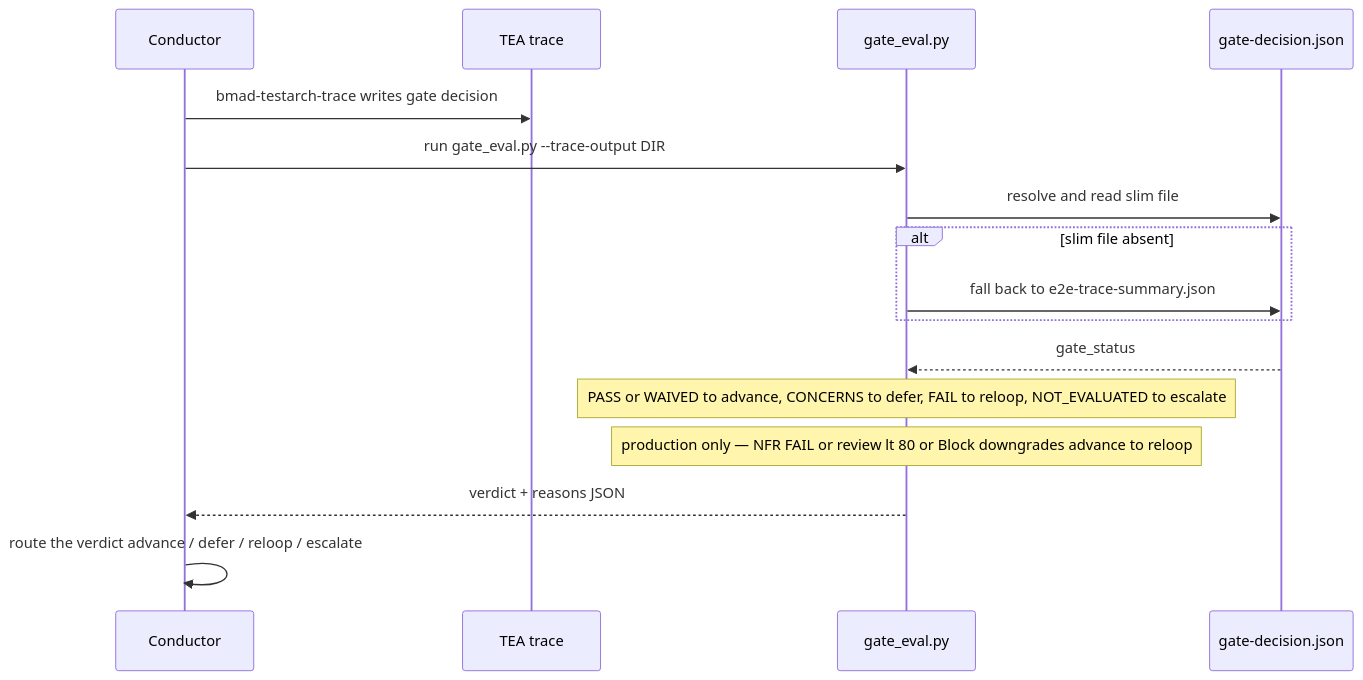
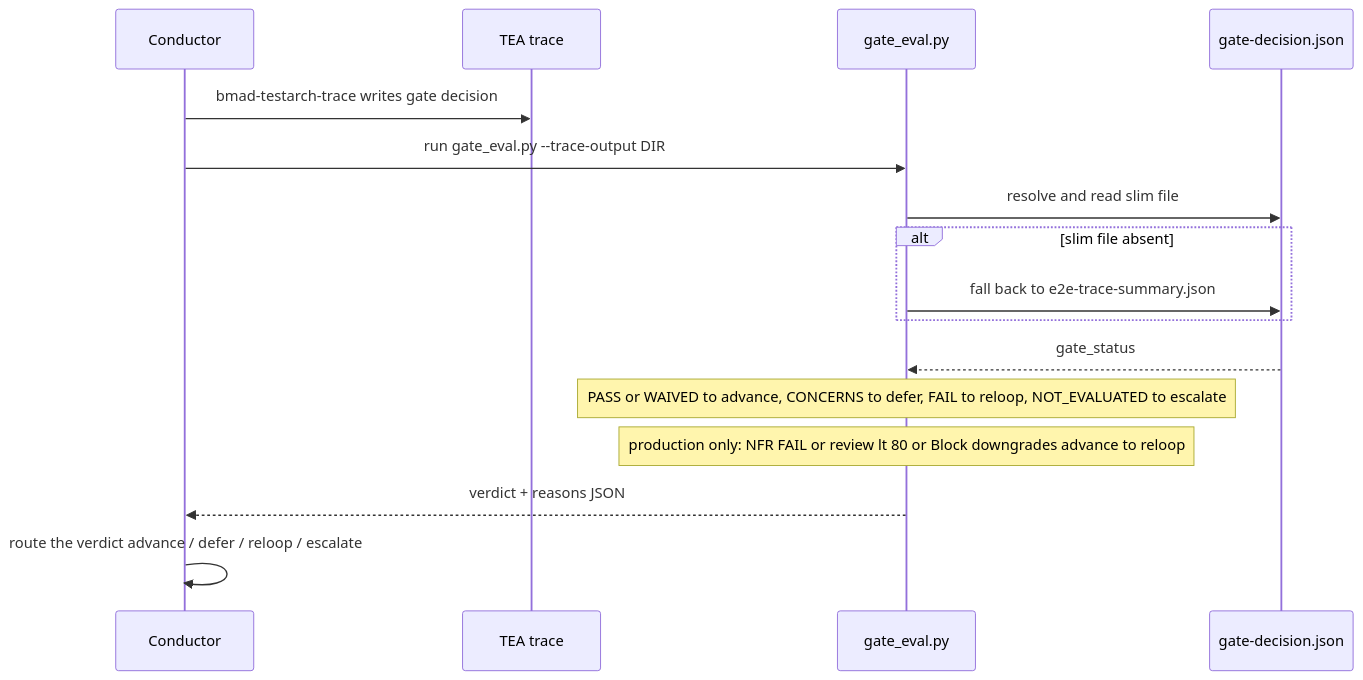
Before and after one commit to armelhbobdad/bmad-module-ultracode-goal: the second of 2 diagrams in docs/how-it-works.md, drawn with Mermaid. The commit also changed other lines of this file and 21 other files, not shown here.

````diff
--- a/docs/how-it-works.md
+++ b/docs/how-it-works.md
@@ -89,18 +89,18 @@
 ```mermaid
 sequenceDiagram
     participant C as Conductor
     participant TEA as TEA trace
     participant G as gate_eval.py
     participant F as gate-decision.json
     C->>TEA: bmad-testarch-trace writes gate decision
     C->>G: run gate_eval.py --trace-output DIR
     G->>F: resolve and read slim file
     alt slim file absent
         G->>F: fall back to e2e-trace-summary.json
     end
     F-->>G: gate_status
     Note over G: PASS or WAIVED to advance, CONCERNS to defer, FAIL to reloop, NOT_EVALUATED to escalate
-    Note over G: production only — NFR FAIL or review lt 80 or Block downgrades advance to reloop
+    Note over G: production only: NFR FAIL or review lt 80 or Block downgrades advance to reloop
     G-->>C: verdict + reasons JSON
     C->>C: route the verdict advance / defer / reloop / escalate
 ```
````
